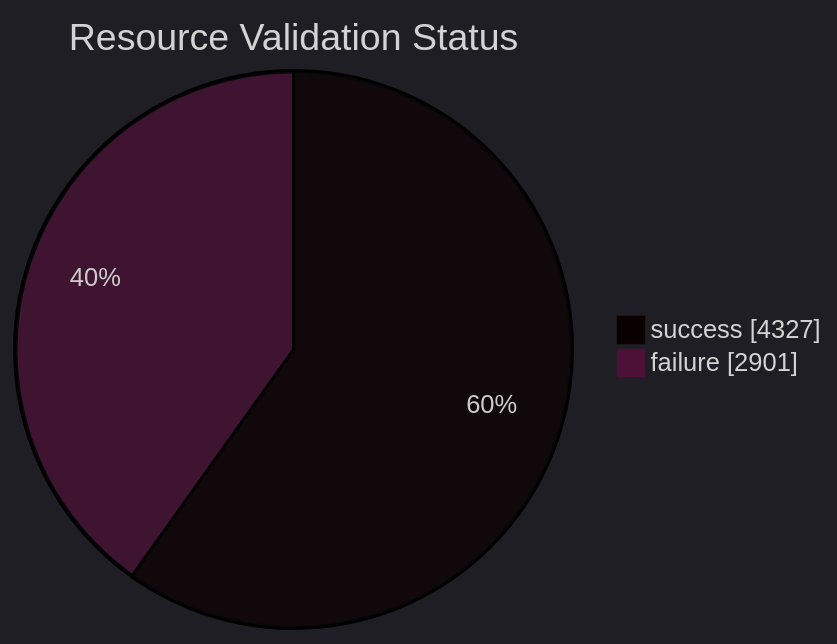
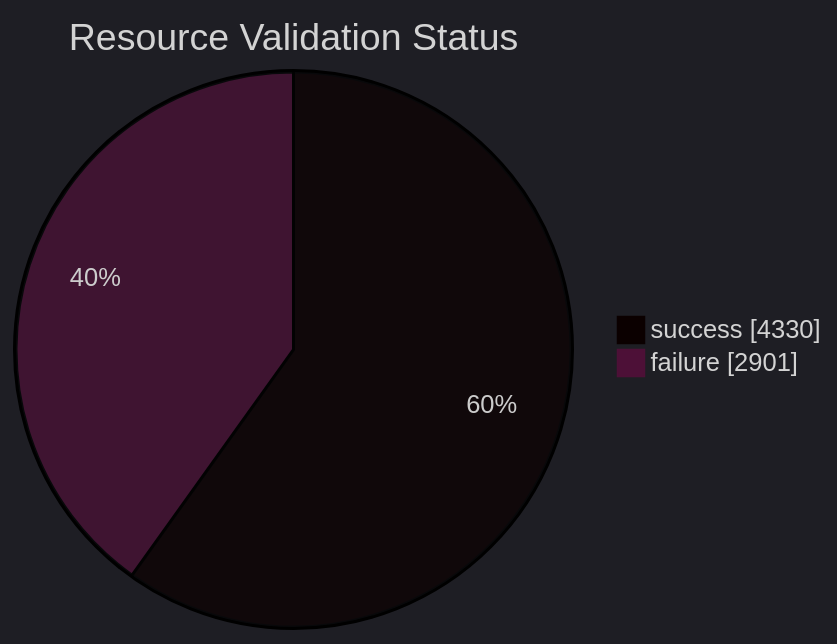
Before and after one commit to open-data/analytics-corporate-reporting: the diagram in datastore_tracker/resource_validation_status_pie_chart.md, drawn with Mermaid. The commit also changed 9 other files, not shown here.

````diff
--- a/datastore_tracker/resource_validation_status_pie_chart.md
+++ b/datastore_tracker/resource_validation_status_pie_chart.md
@@ -2,9 +2,9 @@
 ```mermaid
 ---
 config:
   theme: dark
 ---
 pie showData title Resource Validation Status
-    "success": 4327
+    "success": 4330
     "failure": 2901
 ```
````
